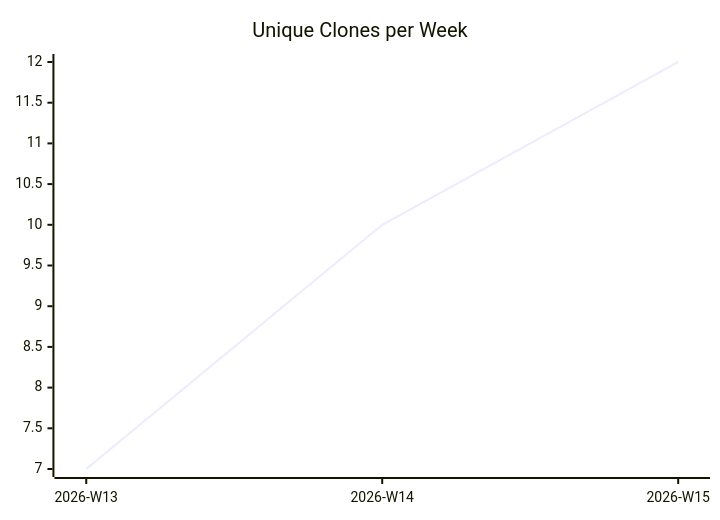
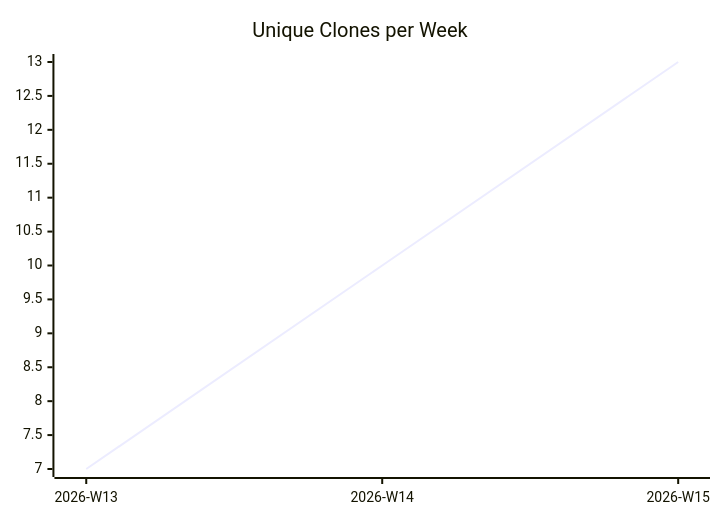
One commit to justdavis-family/github-analytics-data changed the third of 3 diagrams in karlmdavis/ksoap2-android/README.md. Above: the diagram before and after it, drawn with Mermaid. The commit also changed other lines of this file and 157 other files, not shown here.

````diff
--- a/karlmdavis/ksoap2-android/README.md
+++ b/karlmdavis/ksoap2-android/README.md
@@ -19,6 +19,6 @@
 ```mermaid
 xychart-beta
   title "Unique Clones per Week"
   x-axis ["2026-W13", "2026-W14", "2026-W15"]
-  line [7, 10, 12]
+  line [7, 10, 13]
 ```
````
